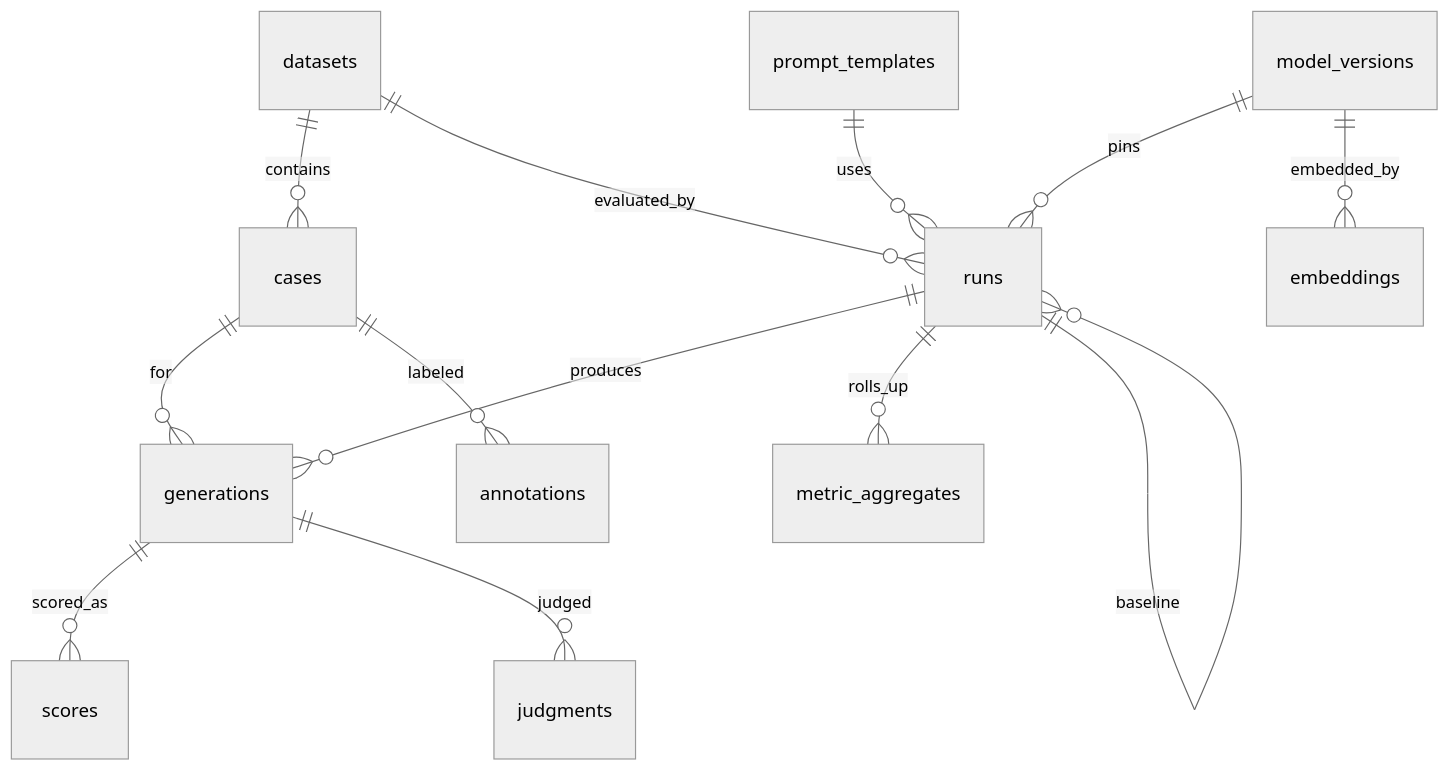
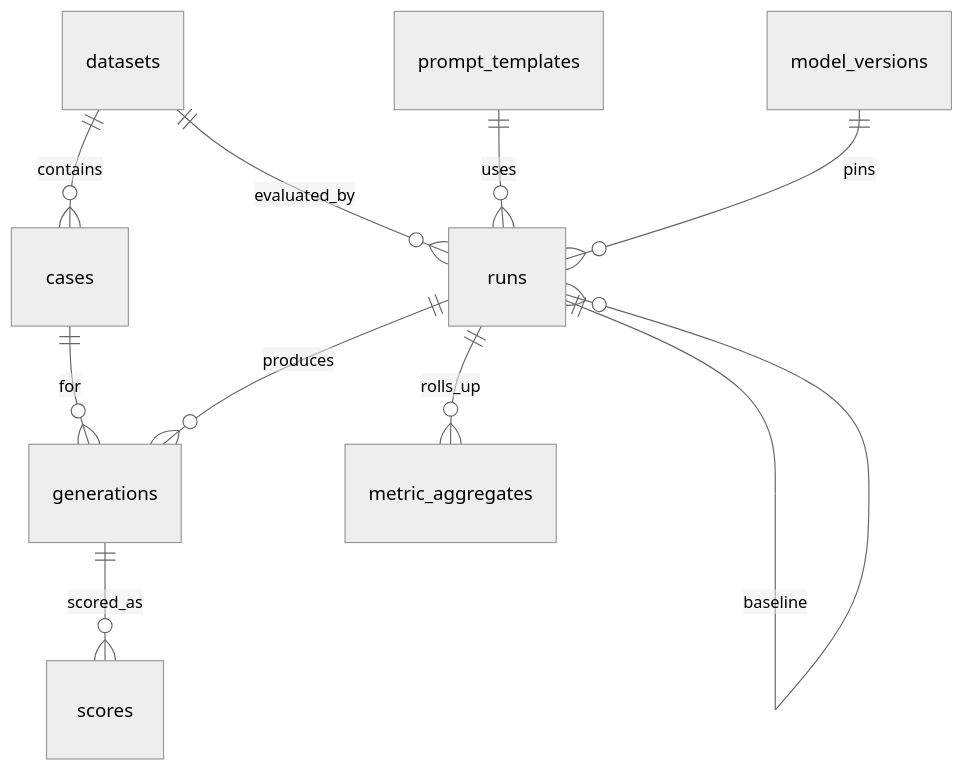
The diagram in docs/schema.md (DimitarAtanassov/evalanche), drawn with Mermaid (neutral theme) before and after one commit. The commit also changed other lines of this file and 21 other files, not shown here.

````diff
--- a/docs/schema.md
+++ b/docs/schema.md
@@ -29,15 +30,12 @@
 ```mermaid
 erDiagram
   datasets ||--o{ cases : contains
   datasets ||--o{ runs : evaluated_by
   prompt_templates ||--o{ runs : uses
   model_versions ||--o{ runs : pins
   runs ||--o{ generations : produces
   cases ||--o{ generations : for
   generations ||--o{ scores : scored_as
   runs ||--o{ metric_aggregates : rolls_up
   runs ||--o{ runs : baseline
-  model_versions ||--o{ embeddings : embedded_by
-  generations ||--o{ judgments : judged
-  cases ||--o{ annotations : labeled
 ```
````
